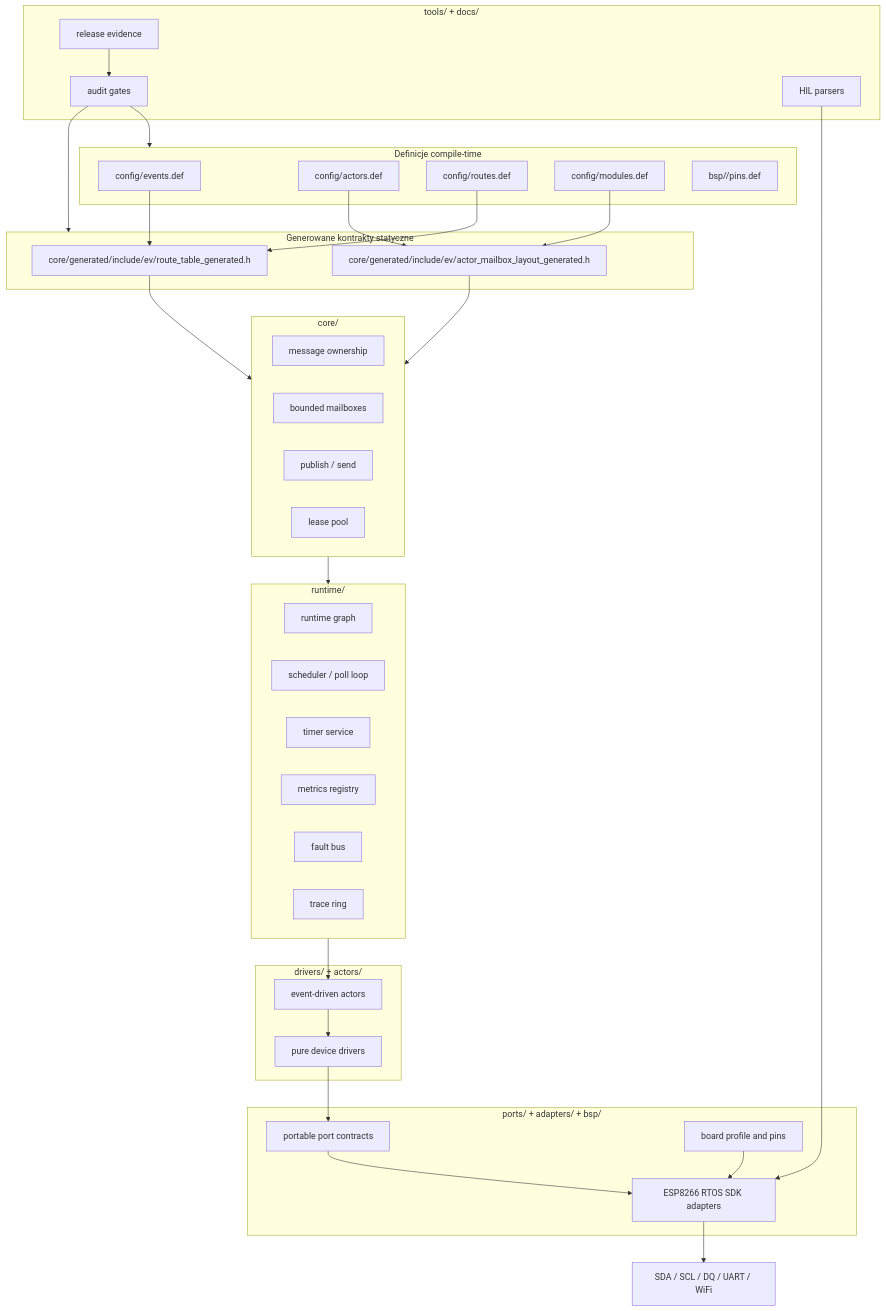
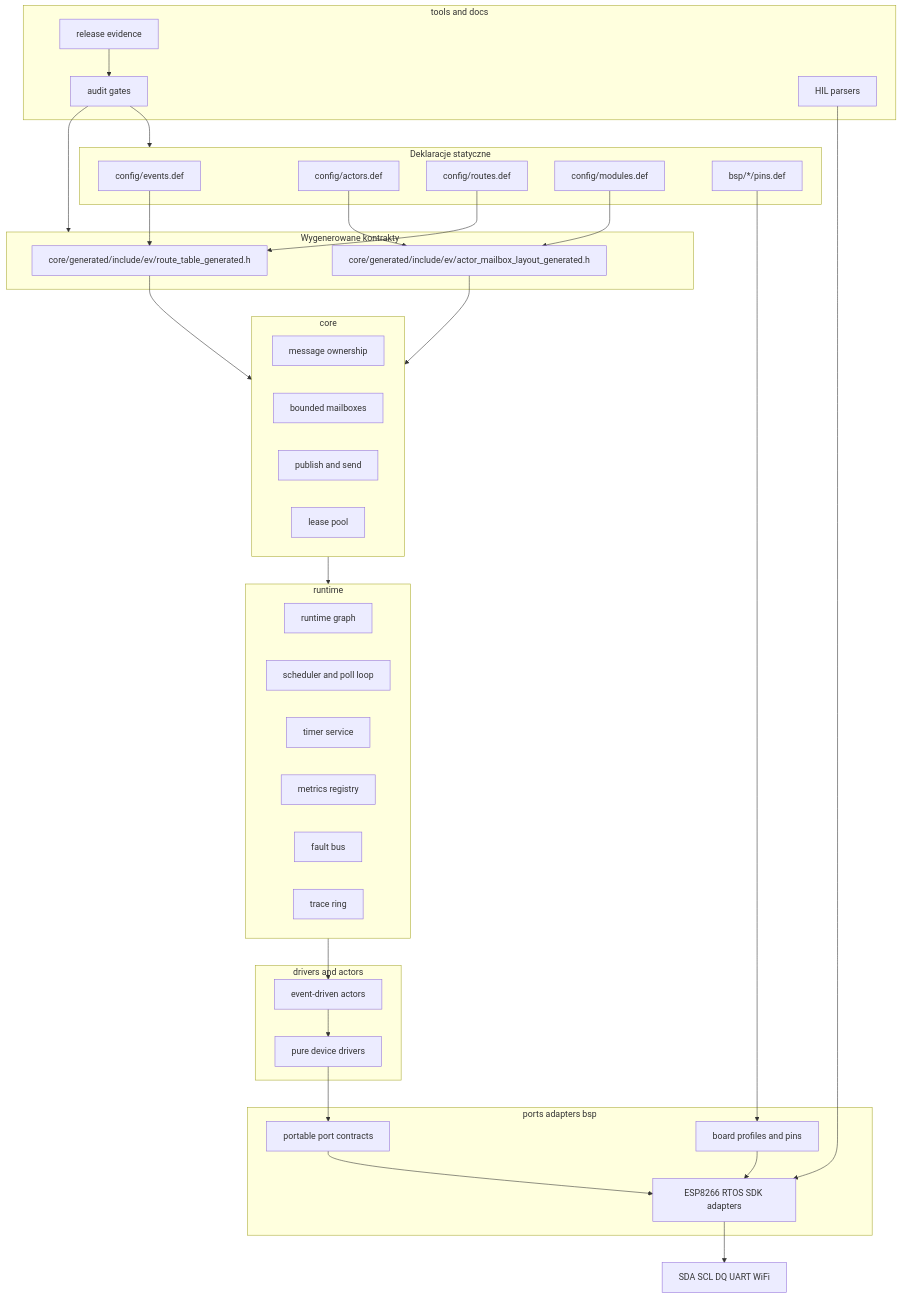
One commit to wzurawski015/esp8266-event-driven-framework changed the second of 10 diagrams in README.md. Above: the diagram before and after it, drawn with Mermaid. The commit also changed other lines of this file, not shown here.

Commit message:
docs(readme): fix Mermaid diagrams and expand board usage guide

````diff
--- a/README.md
+++ b/README.md
@@ -133,68 +165,69 @@
 ```mermaid
-flowchart TB
-    subgraph Definition[Definicje compile-time]
-        Events[config/events.def]
-        Actors[config/actors.def]
-        Routes[config/routes.def]
-        Modules[config/modules.def]
-        BSPPins[bsp/<board>/pins.def]
+flowchart TD
+    subgraph Definition["Deklaracje statyczne"]
+        Events["config/events.def"]
+        ActorsDef["config/actors.def"]
+        RoutesDef["config/routes.def"]
+        ModulesDef["config/modules.def"]
+        PinsDef["bsp/*/pins.def"]
     end
 
-    subgraph Generated[Generowane kontrakty statyczne]
-        RouteTable[core/generated/include/ev/route_table_generated.h]
-        MailboxLayout[core/generated/include/ev/actor_mailbox_layout_generated.h]
+    subgraph Generated["Wygenerowane kontrakty"]
+        RouteTable["core/generated/include/ev/route_table_generated.h"]
+        MailboxLayout["core/generated/include/ev/actor_mailbox_layout_generated.h"]
     end
 
-    subgraph Core[core/]
-        Msg[message ownership]
-        Mailbox[bounded mailboxes]
-        Publish[publish / send]
-        Lease[lease pool]
+    subgraph Core["core"]
+        Msg["message ownership"]
+        Mailbox["bounded mailboxes"]
+        Publish["publish and send"]
+        Lease["lease pool"]
     end
 
-    subgraph Runtime[runtime/]
-        Graph[runtime graph]
-        Scheduler[scheduler / poll loop]
-        Timers[timer service]
-        Metrics[metrics registry]
-        Faults[fault bus]
-        Trace[trace ring]
+    subgraph Runtime["runtime"]
+        Graph["runtime graph"]
+        Scheduler["scheduler and poll loop"]
+        Timers["timer service"]
+        Metrics["metrics registry"]
+        Faults["fault bus"]
+        Trace["trace ring"]
     end
 
-    subgraph Devices[drivers/ + actors/]
-        Drivers[pure device drivers]
-        ActorLayer[event-driven actors]
+    subgraph DeviceLayer["drivers and actors"]
+        Drivers["pure device drivers"]
+        ActorLayer["event-driven actors"]
     end
 
-    subgraph Hardware[ports/ + adapters/ + bsp/]
-        Ports[portable port contracts]
-        BSP[board profile and pins]
-        ESP[ESP8266 RTOS SDK adapters]
+    subgraph HardwareLayer["ports adapters bsp"]
+        Ports["portable port contracts"]
+        BSP["board profiles and pins"]
+        ESP["ESP8266 RTOS SDK adapters"]
     end
 
-    subgraph Evidence[tools/ + docs/]
-        Audit[audit gates]
-        HIL[HIL parsers]
-        Release[release evidence]
+    subgraph EvidenceLayer["tools and docs"]
+        Audit["audit gates"]
+        HIL["HIL parsers"]
+        Release["release evidence"]
     end
 
     Events --> RouteTable
-    Actors --> MailboxLayout
-    Routes --> RouteTable
-    Modules --> MailboxLayout
+    ActorsDef --> MailboxLayout
+    RoutesDef --> RouteTable
+    ModulesDef --> MailboxLayout
+    PinsDef --> BSP
 
     RouteTable --> Core
     MailboxLayout --> Core
     Core --> Runtime
     Runtime --> ActorLayer
     ActorLayer --> Drivers
     Drivers --> Ports
     Ports --> ESP
     BSP --> ESP
-    ESP --> Pins[SDA / SCL / DQ / UART / WiFi]
+    ESP --> Pins["SDA SCL DQ UART WiFi"]
 
     Audit --> Definition
     Audit --> Generated
     HIL --> ESP
     Release --> Audit
 ```
````
